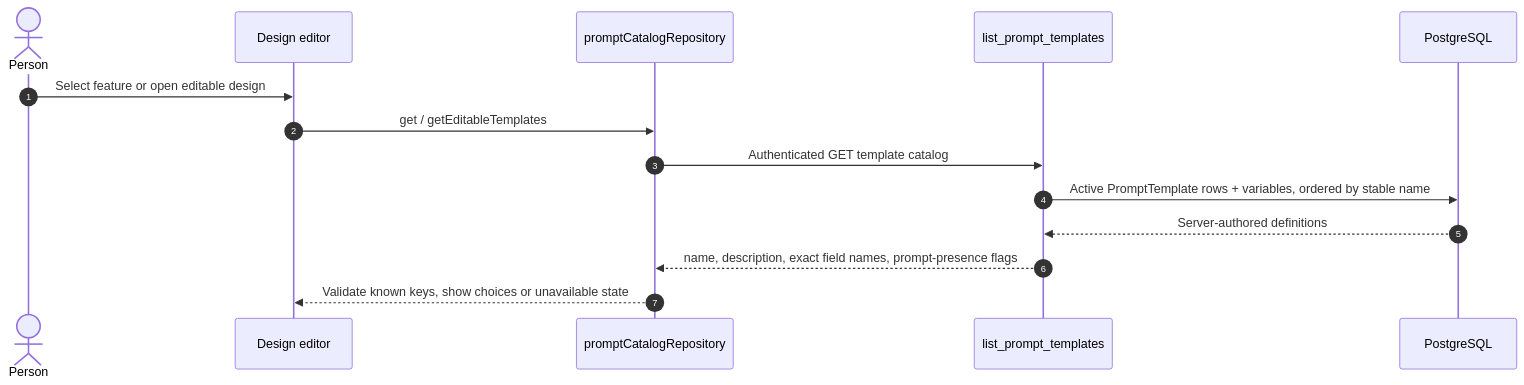
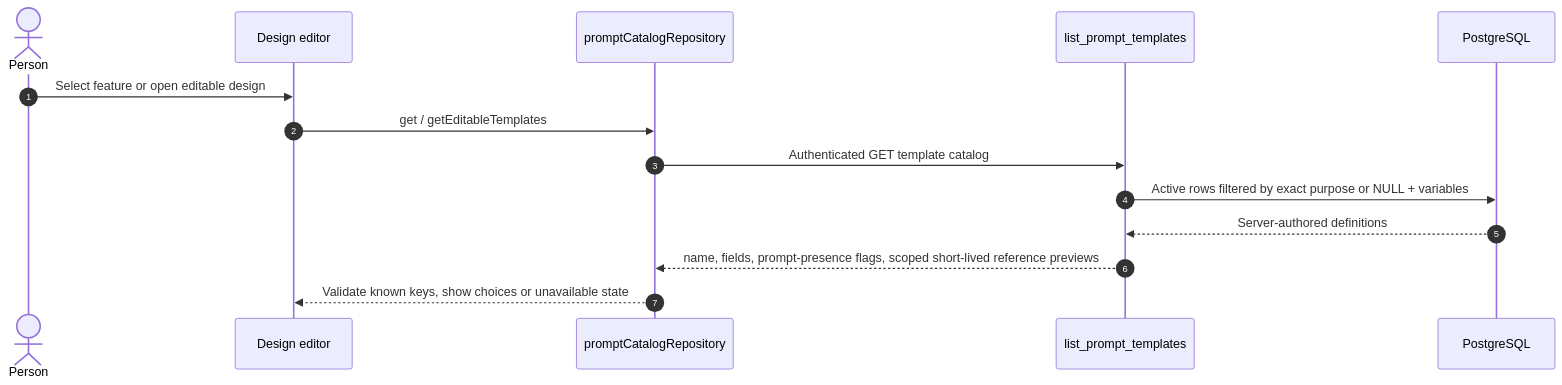
Before and after one commit to Orientation-CD/docs: the first of 3 diagrams in reference/flows/discovery-prompts-flow.md, drawn with Mermaid. The commit also changed other lines of this file and 187 other files, not shown here.

````diff
--- a/reference/flows/discovery-prompts-flow.md
+++ b/reference/flows/discovery-prompts-flow.md
@@ -19,16 +19,16 @@
 ```mermaid
 sequenceDiagram
   autonumber
   actor Person
   participant UI as Design editor
   participant Repo as promptCatalogRepository
   participant API as list_prompt_templates
   participant DB as PostgreSQL
   Person->>UI: Select feature or open editable design
   UI->>Repo: get / getEditableTemplates
   Repo->>API: Authenticated GET template catalog
-  API->>DB: Active PromptTemplate rows + variables, ordered by stable name
+  API->>DB: Active rows filtered by exact purpose or NULL + variables
   DB-->>API: Server-authored definitions
-  API-->>Repo: name, description, exact field names, prompt-presence flags
+  API-->>Repo: name, fields, prompt-presence flags, scoped short-lived reference previews
   Repo-->>UI: Validate known keys, show choices or unavailable state
 ```
````
